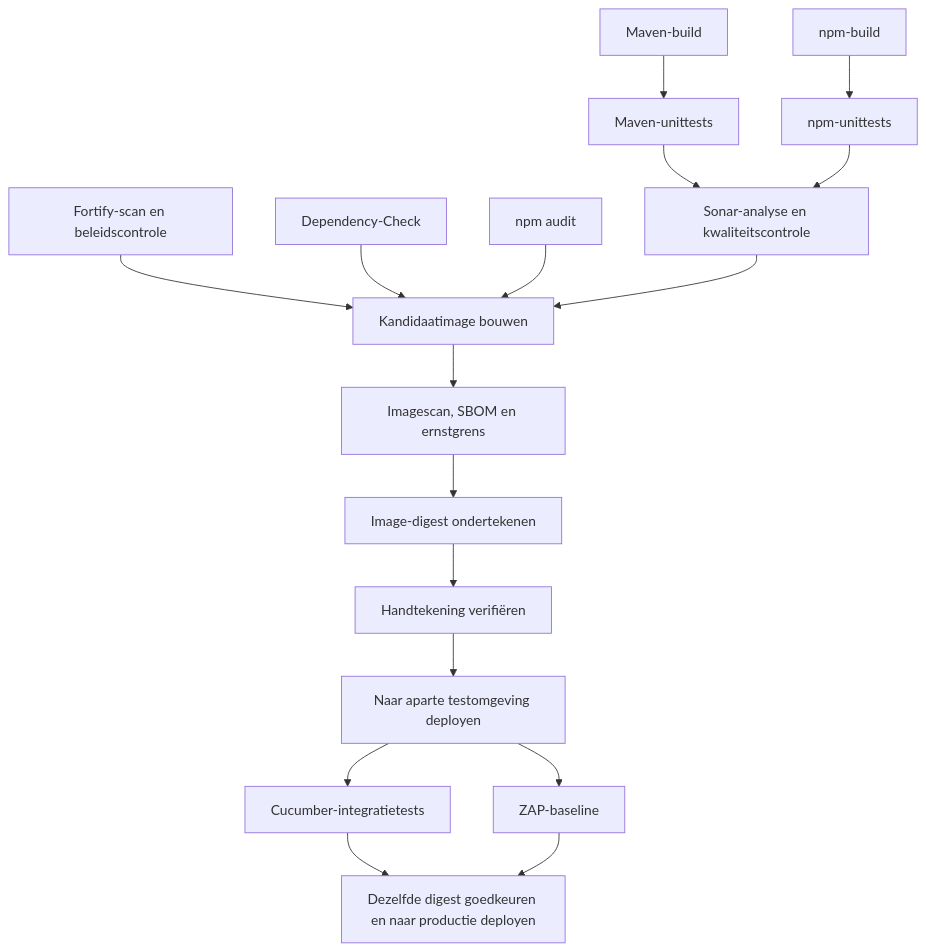
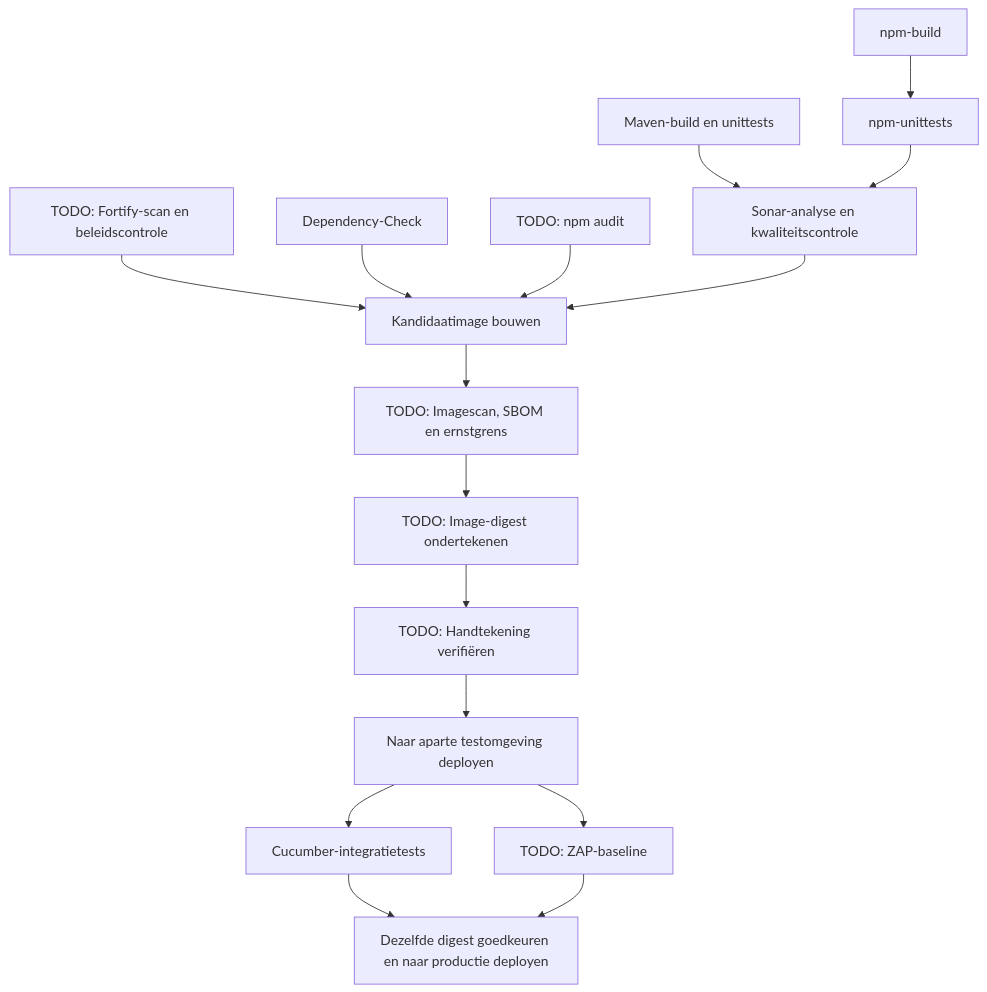
The diagram in docs/reference.md (woozer/ci-components), drawn with Mermaid before and after one commit. The commit also changed other lines of this file and 139 other files, not shown here.

````diff
--- a/docs/reference.md
+++ b/docs/reference.md
@@ -95,19 +94,18 @@
 ```mermaid
 flowchart TD
-  MB[Maven-build] --> MT[Maven-unittests]
+  MB[Maven-build en unittests] --> SS[Sonar-analyse en kwaliteitscontrole]
   NB[npm-build] --> NT[npm-unittests]
-  MT --> SS[Sonar-analyse en kwaliteitscontrole]
   NT --> SS
-  FS[Fortify-scan en beleidscontrole] --> IB
+  FS[TODO: Fortify-scan en beleidscontrole] --> IB
   DC[Dependency-Check] --> IB[Kandidaatimage bouwen]
-  NA[npm audit] --> IB
+  NA[TODO: npm audit] --> IB
   SS --> IB
-  IB --> IS[Imagescan, SBOM en ernstgrens]
-  IS --> SIGN[Image-digest ondertekenen]
-  SIGN --> VERIFY[Handtekening verifiëren]
+  IB --> IS[TODO: Imagescan, SBOM en ernstgrens]
+  IS --> SIGN[TODO: Image-digest ondertekenen]
+  SIGN --> VERIFY[TODO: Handtekening verifiëren]
   VERIFY --> DEPLOY[Naar aparte testomgeving deployen]
   DEPLOY --> CUC[Cucumber-integratietests]
-  DEPLOY --> ZAP[ZAP-baseline]
+  DEPLOY --> ZAP[TODO: ZAP-baseline]
   CUC --> PROD[Dezelfde digest goedkeuren en naar productie deployen]
   ZAP --> PROD
 ```
````
